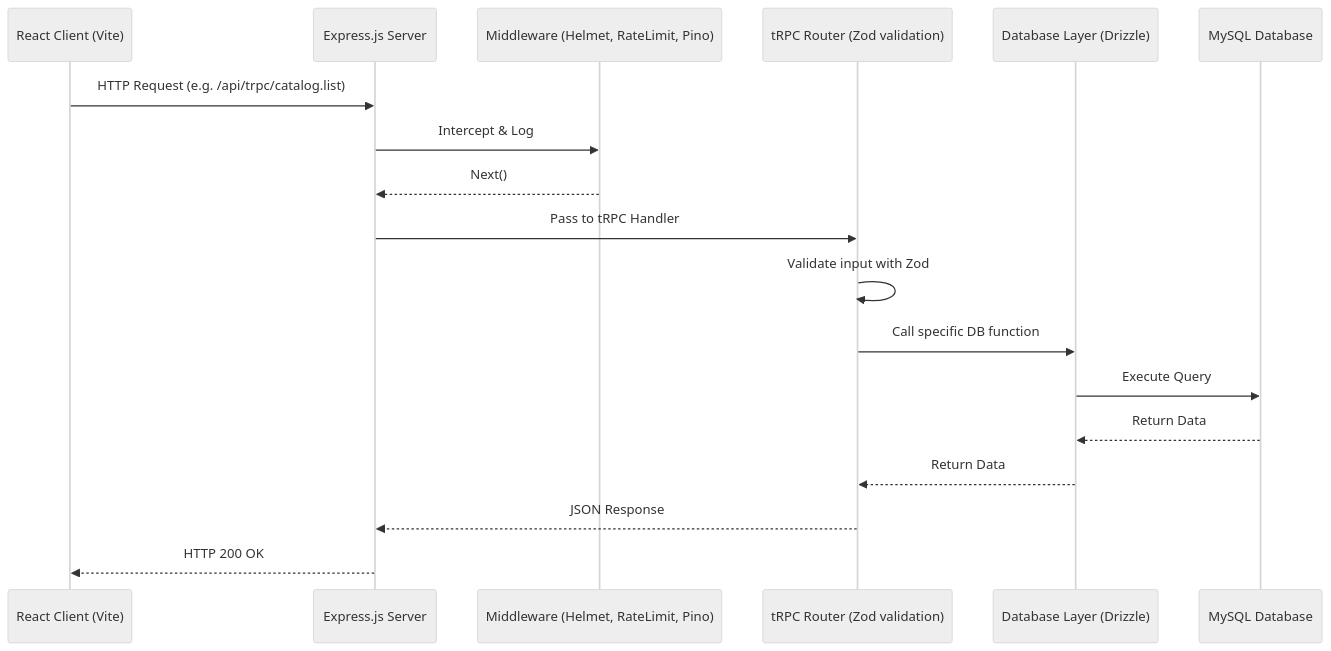
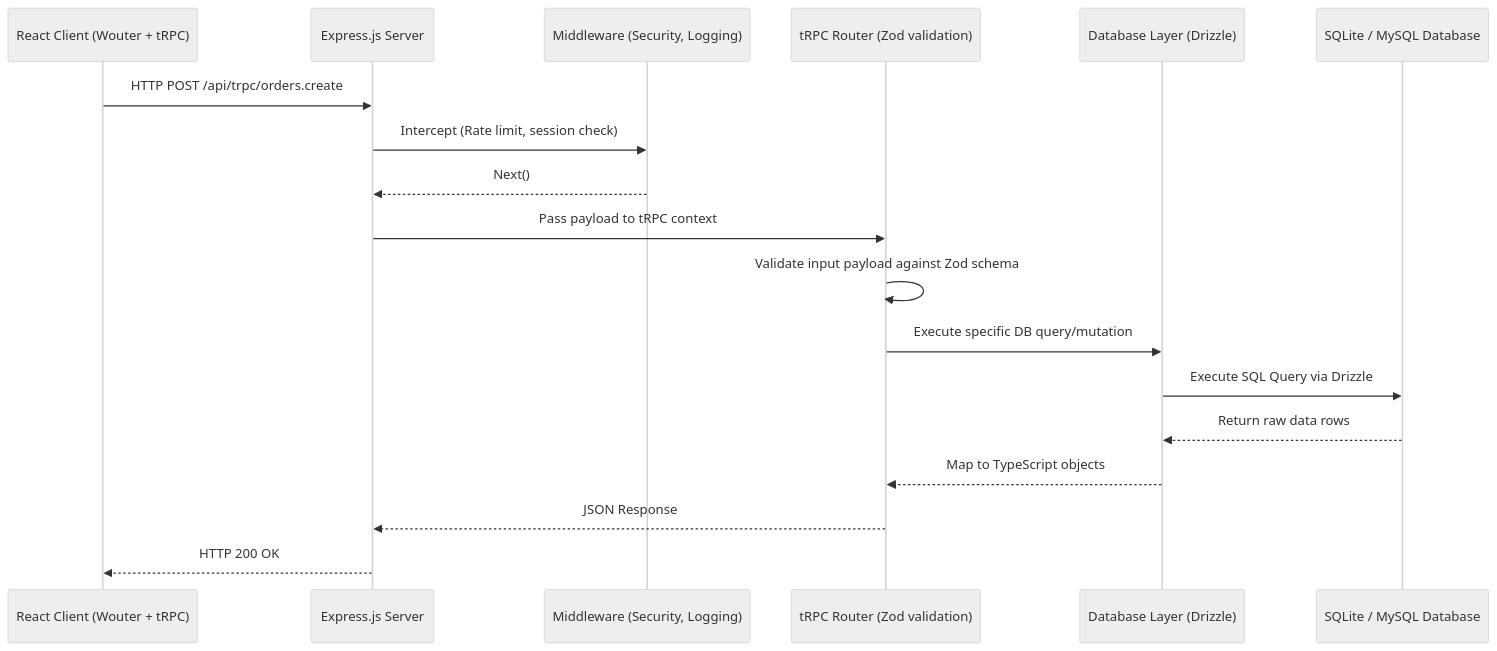
One commit to Sunex-Technologies-Private-Limited/hsr-website changed the diagram in ARCHITECTURE.md. Above: the diagram before and after it, drawn with Mermaid (neutral theme). The commit also changed other lines of this file and 3 other files, not shown here.

Commit message:
docs: Update comprehensive architecture and schema documentation

````diff
--- a/ARCHITECTURE.md
+++ b/ARCHITECTURE.md
@@ -7,21 +15,21 @@
 ```mermaid
 sequenceDiagram
-    participant Client as React Client (Vite)
+    participant Client as React Client (Wouter + tRPC)
     participant Express as Express.js Server
-    participant Middleware as Middleware (Helmet, RateLimit, Pino)
+    participant Middleware as Middleware (Security, Logging)
     participant TRPC as tRPC Router (Zod validation)
     participant DBLayer as Database Layer (Drizzle)
-    participant MySQL as MySQL Database
+    participant DB as SQLite / MySQL Database
 
-    Client->>Express: HTTP Request (e.g. /api/trpc/catalog.list)
-    Express->>Middleware: Intercept & Log
+    Client->>Express: HTTP POST /api/trpc/orders.create
+    Express->>Middleware: Intercept (Rate limit, session check)
     Middleware-->>Express: Next()
-    Express->>TRPC: Pass to tRPC Handler
-    TRPC->>TRPC: Validate input with Zod
-    TRPC->>DBLayer: Call specific DB function
-    DBLayer->>MySQL: Execute Query
-    MySQL-->>DBLayer: Return Data
-    DBLayer-->>TRPC: Return Data
+    Express->>TRPC: Pass payload to tRPC context
+    TRPC->>TRPC: Validate input payload against Zod schema
+    TRPC->>DBLayer: Execute specific DB query/mutation
+    DBLayer->>DB: Execute SQL Query via Drizzle
+    DB-->>DBLayer: Return raw data rows
+    DBLayer-->>TRPC: Map to TypeScript objects
     TRPC-->>Express: JSON Response
     Express-->>Client: HTTP 200 OK
 ```
````
